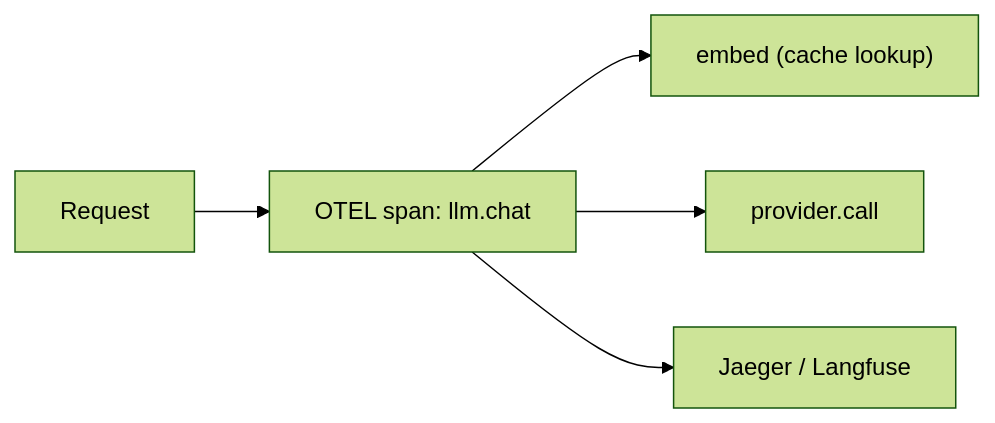
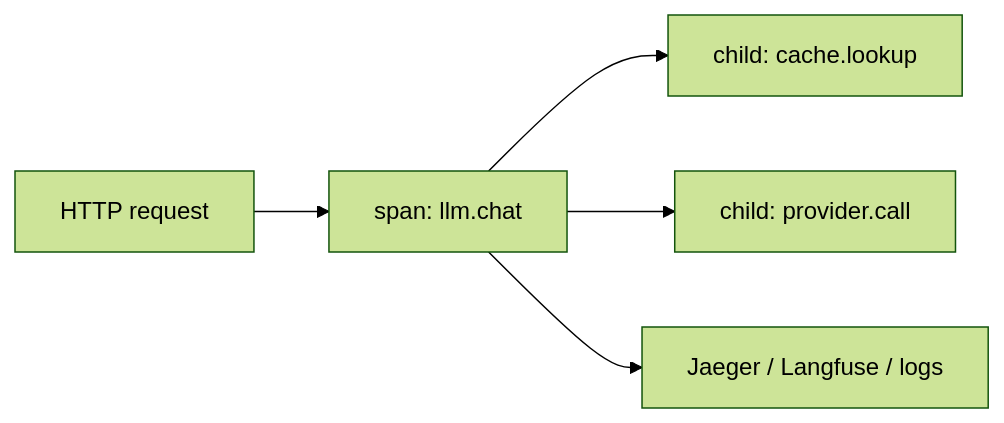
One commit to codevoks/Learning changed the fourth of 4 diagrams in AI/AI Development/modules/02-llm-infra/MODULE.md. Above: the diagram before and after it, drawn with Mermaid (forest theme). The commit also changed other lines of this file and 32 other files, not shown here.

````diff
--- a/AI/AI Development/modules/02-llm-infra/MODULE.md
+++ b/AI/AI Development/modules/02-llm-infra/MODULE.md
@@ -218,7 +516,7 @@
 ```mermaid
 flowchart LR
-    Req["Request"] --> Span["OTEL span: llm.chat"]
-    Span --> Child1["embed (cache lookup)"]
-    Span --> Child2["provider.call"]
-    Span --> Export["Jaeger / Langfuse"]
+    Req["HTTP request"] --> Span["span: llm.chat"]
+    Span --> C1["child: cache.lookup"]
+    Span --> C2["child: provider.call"]
+    Span --> Export["Jaeger / Langfuse / logs"]
 ```
````
